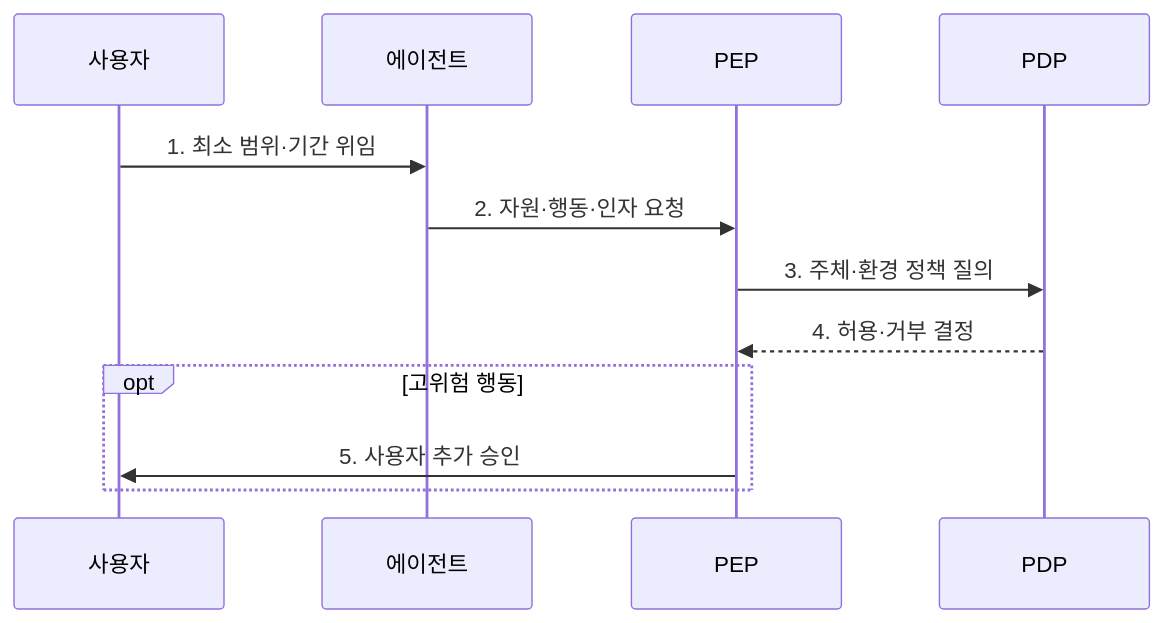
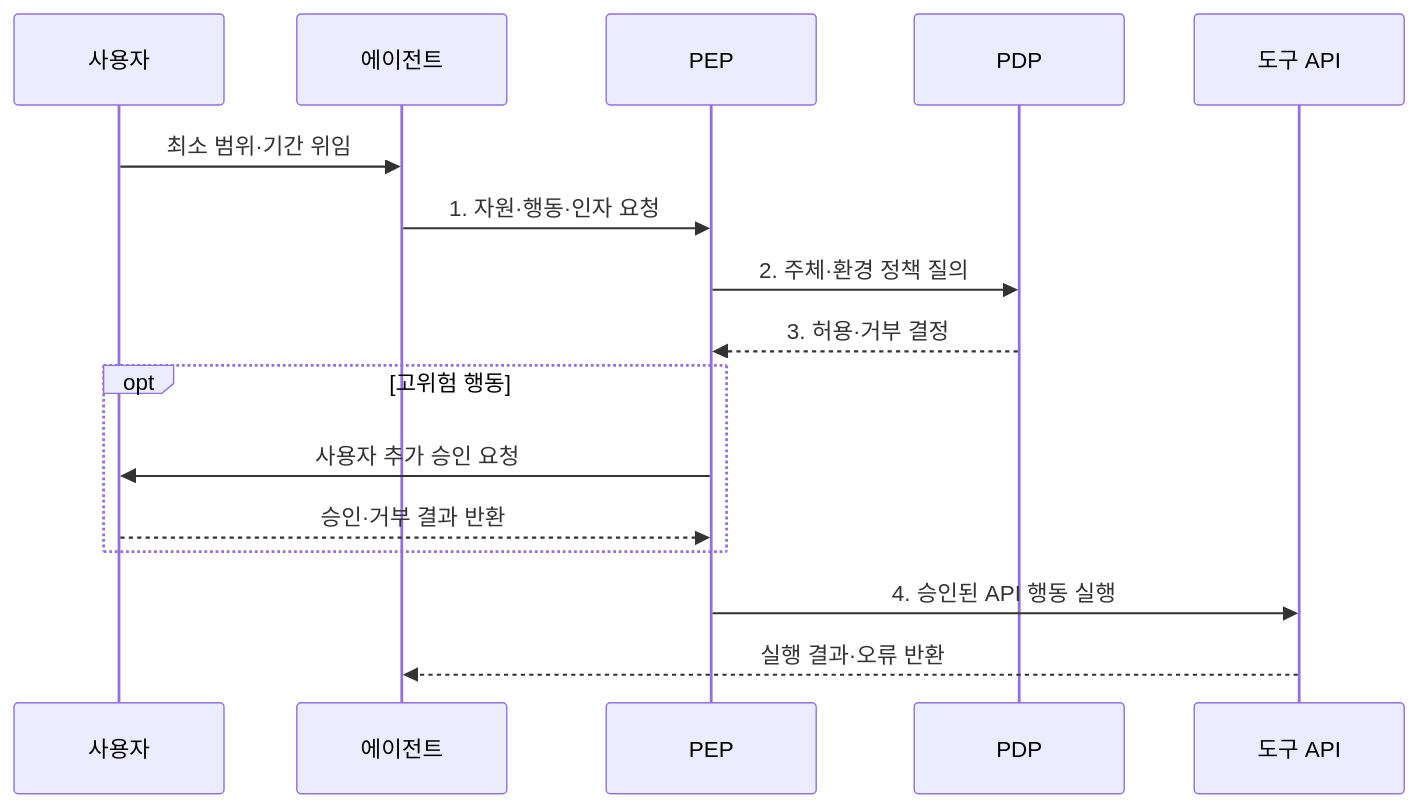
One commit to agnusdei1207/knowledge-base changed the second of 2 diagrams in src/content/docs/notes/08-latest-tech/017_agent_authorization_control.md. Above: the diagram before and after it, drawn with Mermaid. The commit also changed other lines of this file and 225 other files, not shown here.

````diff
--- a/src/content/docs/notes/08-latest-tech/017_agent_authorization_control.md
+++ b/src/content/docs/notes/08-latest-tech/017_agent_authorization_control.md
@@ -79,14 +79,18 @@
 ```mermaid
 sequenceDiagram
     participant U as 사용자
     participant A as 에이전트
     participant E as PEP
     participant D as PDP
-    U->>A: 1. 최소 범위·기간 위임
-    A->>E: 2. 자원·행동·인자 요청
-    E->>D: 3. 주체·환경 정책 질의
-    D-->>E: 4. 허용·거부 결정
+    participant T as 도구 API
+    U->>A: 최소 범위·기간 위임
+    A->>E: 1. 자원·행동·인자 요청
+    E->>D: 2. 주체·환경 정책 질의
+    D-->>E: 3. 허용·거부 결정
     opt 고위험 행동
-        E->>U: 5. 사용자 추가 승인
+        E->>U: 사용자 추가 승인 요청
+        U-->>E: 승인·거부 결과 반환
     end
+    E->>T: 4. 승인된 API 행동 실행
+    T-->>A: 실행 결과·오류 반환
 ```
````
